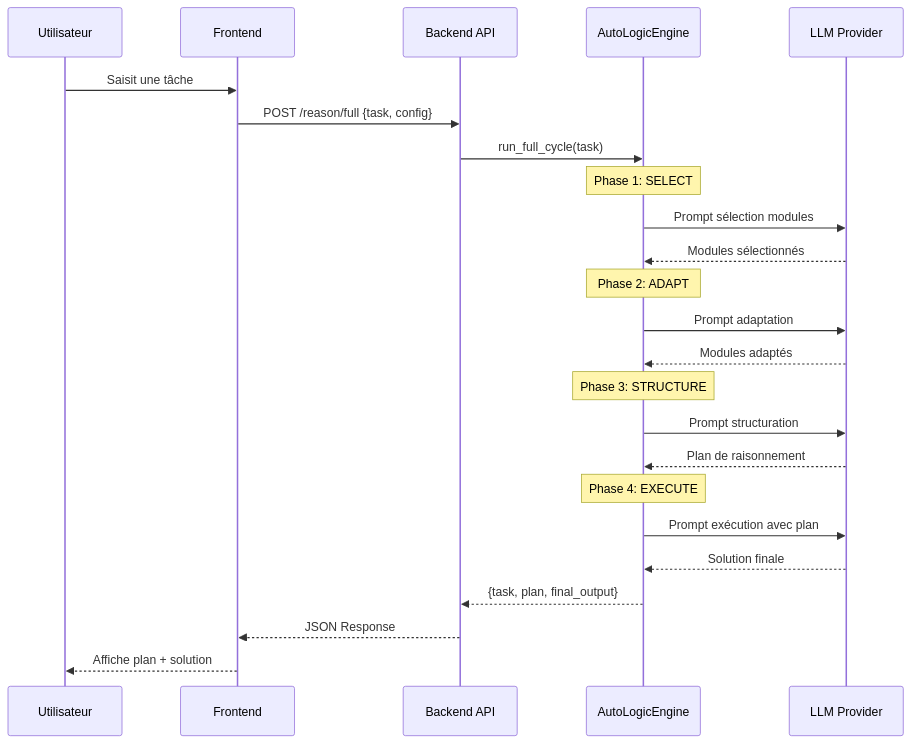
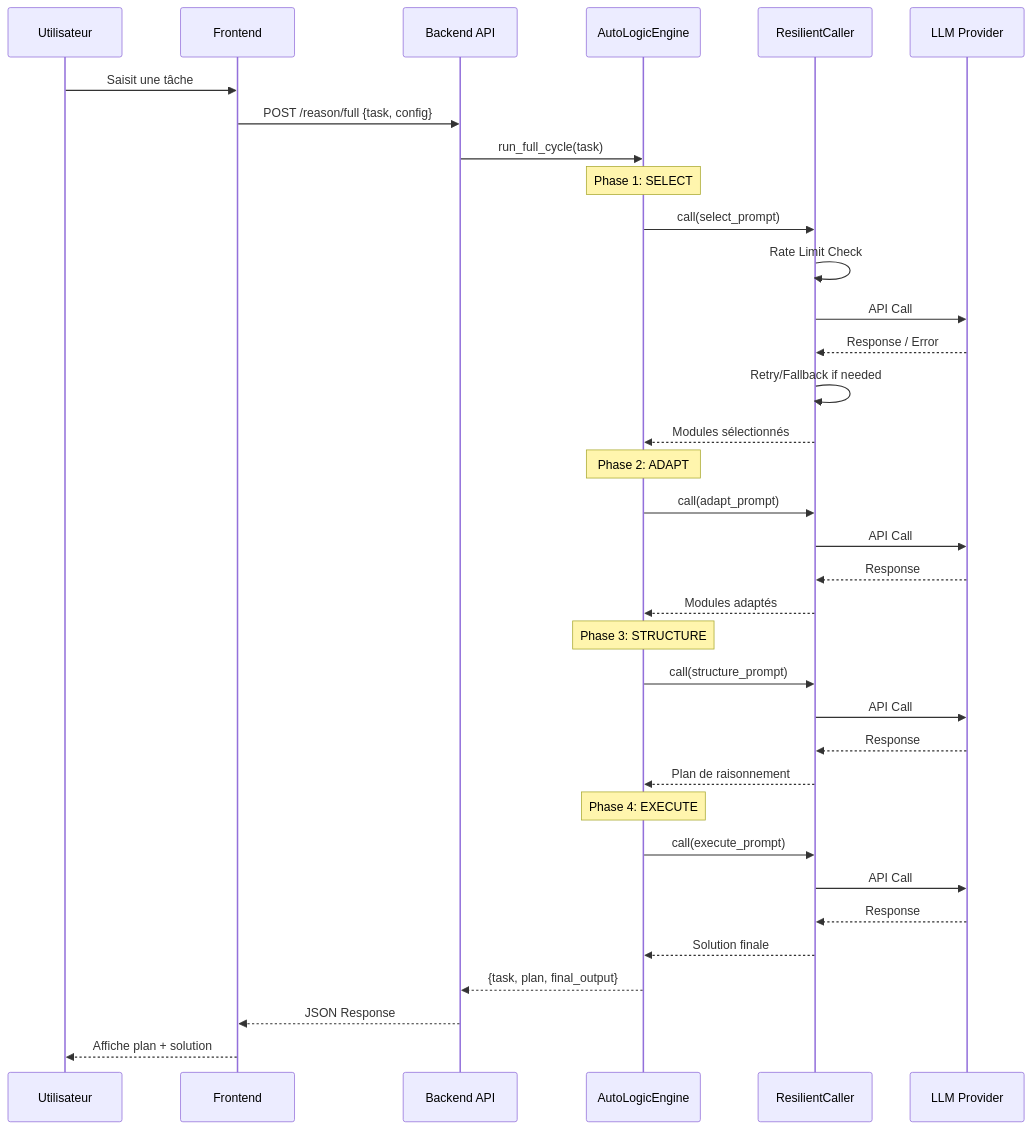
One commit to dagornc/Autologic changed the sixth of 7 diagrams in Doc/ARCHITECTURE.md. Above: the diagram before and after it, drawn with Mermaid. The commit also changed other lines of this file and 2 other files, not shown here.

````diff
--- a/Doc/ARCHITECTURE.md
+++ b/Doc/ARCHITECTURE.md
@@ -214,32 +372,43 @@
 ```mermaid
 sequenceDiagram
     participant U as Utilisateur
     participant F as Frontend
     participant B as Backend API
     participant E as AutoLogicEngine
+    participant R as ResilientCaller
     participant L as LLM Provider
     
     U->>F: Saisit une tâche
     F->>B: POST /reason/full {task, config}
     B->>E: run_full_cycle(task)
     
     Note over E: Phase 1: SELECT
-    E->>L: Prompt sélection modules
-    L-->>E: Modules sélectionnés
+    E->>R: call(select_prompt)
+    R->>R: Rate Limit Check
+    R->>L: API Call
+    L-->>R: Response / Error
+    R->>R: Retry/Fallback if needed
+    R-->>E: Modules sélectionnés
     
     Note over E: Phase 2: ADAPT
-    E->>L: Prompt adaptation
-    L-->>E: Modules adaptés
+    E->>R: call(adapt_prompt)
+    R->>L: API Call
+    L-->>R: Response
+    R-->>E: Modules adaptés
     
     Note over E: Phase 3: STRUCTURE
-    E->>L: Prompt structuration
-    L-->>E: Plan de raisonnement
+    E->>R: call(structure_prompt)
+    R->>L: API Call
+    L-->>R: Response
+    R-->>E: Plan de raisonnement
     
     Note over E: Phase 4: EXECUTE
-    E->>L: Prompt exécution avec plan
-    L-->>E: Solution finale
+    E->>R: call(execute_prompt)
+    R->>L: API Call
+    L-->>R: Response
+    R-->>E: Solution finale
     
     E-->>B: {task, plan, final_output}
     B-->>F: JSON Response
     F-->>U: Affiche plan + solution
 ```
````
